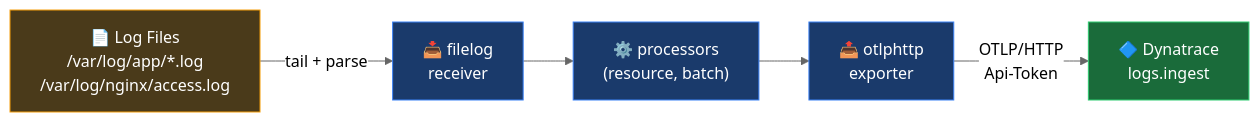
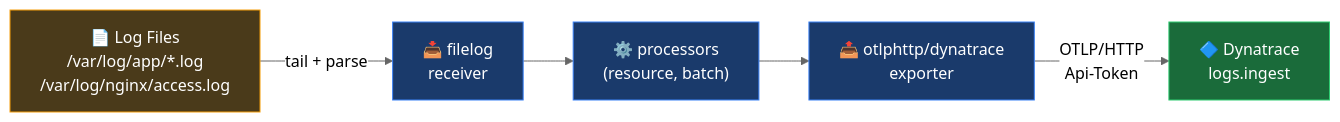
The diagram in filelog-collector.md (gabriel-dynatrace/otel-instrumentation), drawn with Mermaid (neutral theme) before and after one commit. The commit also changed other lines of this file and 1 other file, not shown here.

First line of the commit message:
Fix exporter naming to match Dynatrace conventions

````diff
--- a/filelog-collector.md
+++ b/filelog-collector.md
@@ -33,17 +33,17 @@
 ```mermaid
 flowchart LR
     FILES["📄 Log Files\n/var/log/app/*.log\n/var/log/nginx/access.log"]:::files
     RCV["📥 filelog\nreceiver"]:::col
     PROC["⚙️ processors\n(resource, batch)"]:::col
-    EXP["📤 otlphttp\nexporter"]:::col
+    EXP["📤 otlphttp/dynatrace\nexporter"]:::col
     DT["🔷 Dynatrace\nlogs.ingest"]:::dt
 
     FILES -->|"tail + parse"| RCV
     RCV --> PROC
     PROC --> EXP
     EXP -->|"OTLP/HTTP\nApi-Token"| DT
 
     classDef files fill:#4a3a1a,stroke:#f59e0b,color:#fff
     classDef col fill:#1a3a6b,stroke:#3b82f6,color:#fff
     classDef dt fill:#1a6b3a,stroke:#2ecc71,color:#fff
 ```
````
